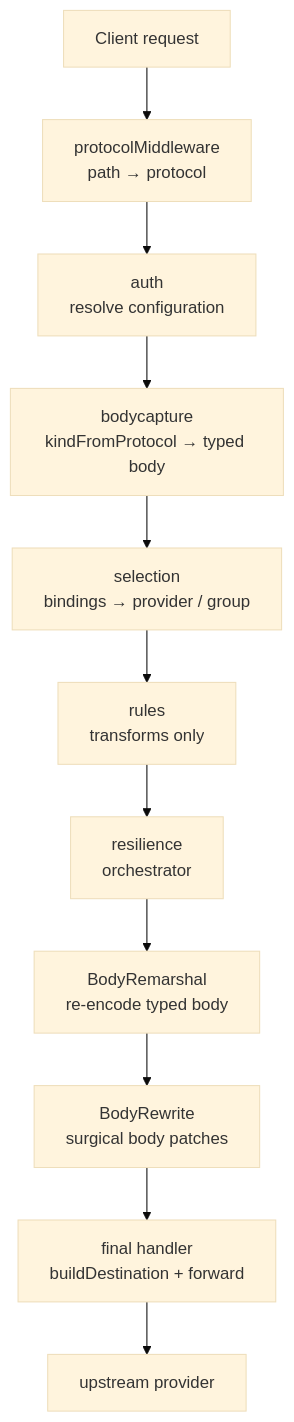
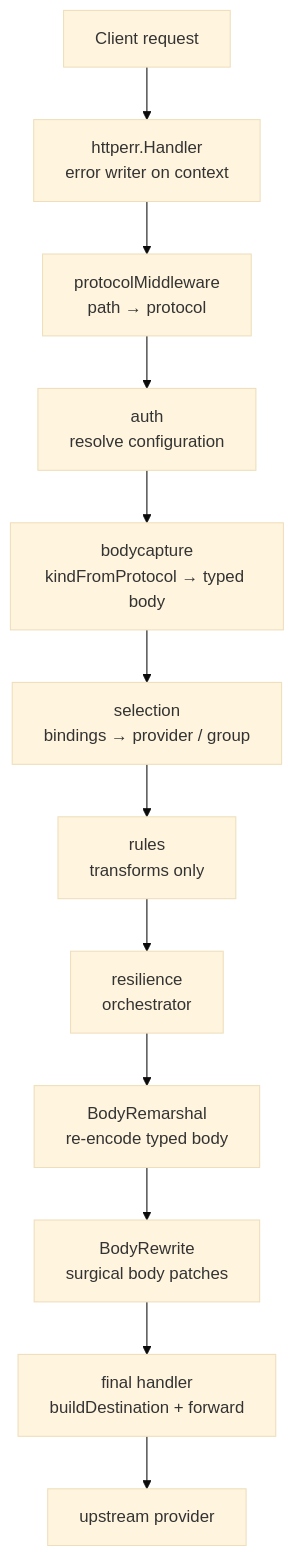
The first of 4 diagrams in docs/routing.md (andyjmorgan/slipspace-gateway), drawn with Mermaid (base theme) before and after one commit. The commit also changed other lines of this file and 1 other file, not shown here.

````diff
--- a/docs/routing.md
+++ b/docs/routing.md
@@ -45,13 +45,14 @@
 ```mermaid
 flowchart TB
-    A[Client request] --> P[protocolMiddleware<br/>path → protocol]
+    A[Client request] --> HE[httperr.Handler<br/>error writer on context]
+    HE --> P[protocolMiddleware<br/>path → protocol]
     P --> AU[auth<br/>resolve configuration]
     AU --> BC[bodycapture<br/>kindFromProtocol → typed body]
     BC --> SEL[selection<br/>bindings → provider / group]
     SEL --> RU[rules<br/>transforms only]
     RU --> RE[resilience<br/>orchestrator]
     RE --> BRM[BodyRemarshal<br/>re-encode typed body]
     BRM --> BRW[BodyRewrite<br/>surgical body patches]
     BRW --> F[final handler<br/>buildDestination + forward]
     F --> U[upstream provider]
 ```
````
